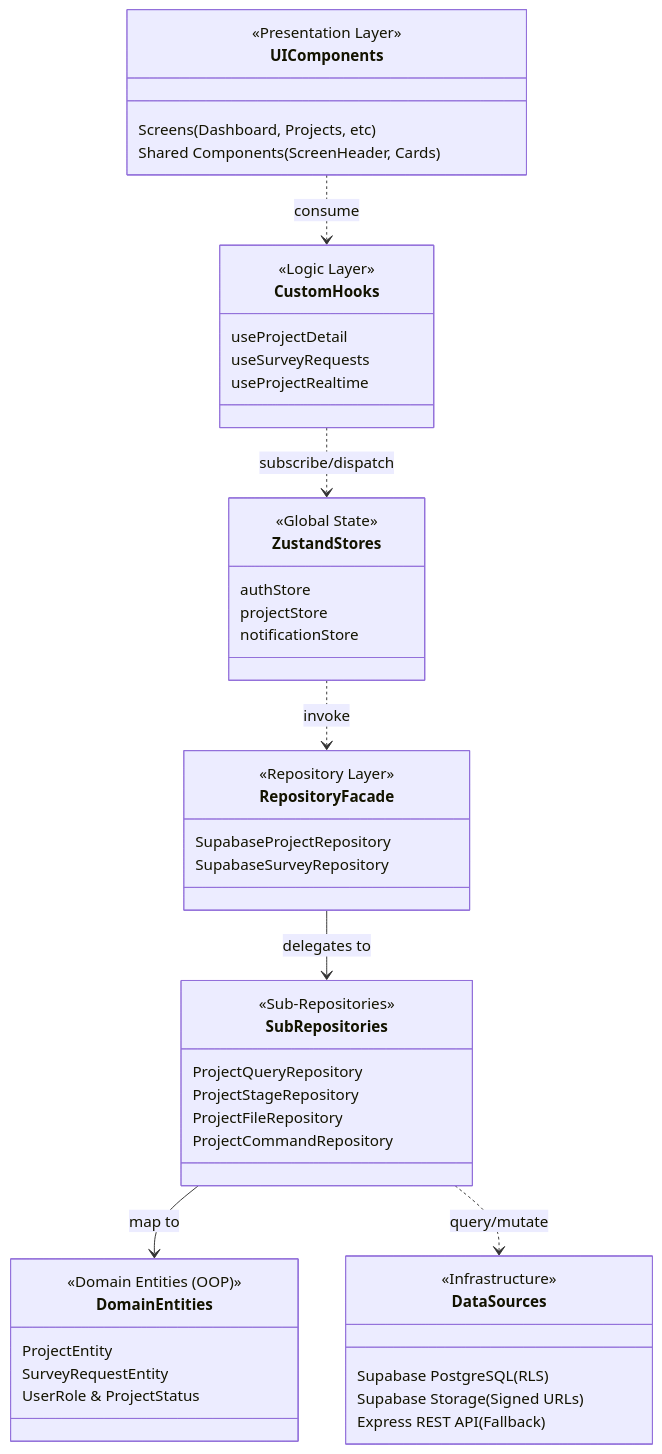
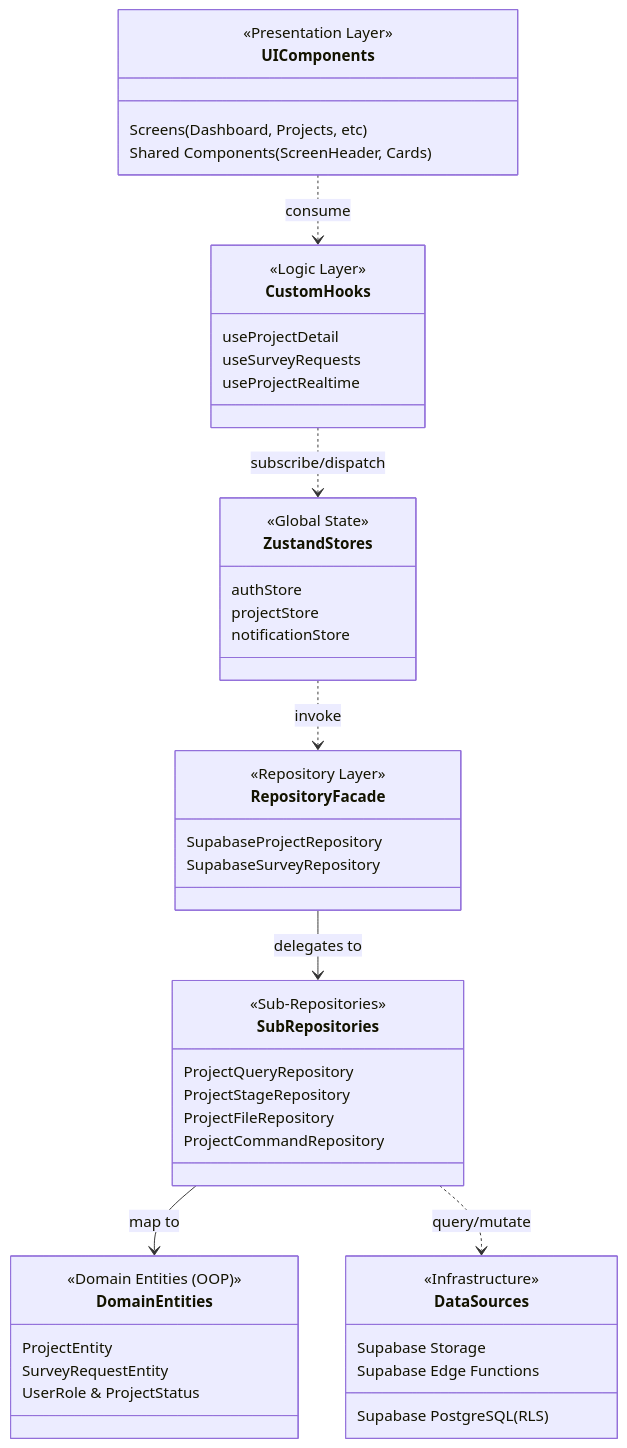
Before and after one commit to fajar-dev/gsi-one: the second of 3 diagrams in DEVELOPER_ONBOARDING_GUIDE.md, drawn with Mermaid. The commit also changed other lines of this file and 213 other files, not shown here.

````diff
--- a/DEVELOPER_ONBOARDING_GUIDE.md
+++ b/DEVELOPER_ONBOARDING_GUIDE.md
@@ -50,52 +50,52 @@
 ```mermaid
 classDiagram
     direction TB
     class UIComponents {
         <<Presentation Layer>>
         Screens (Dashboard, Projects, etc)
         Shared Components (ScreenHeader, Cards)
     }
     class CustomHooks {
         <<Logic Layer>>
         useProjectDetail
         useSurveyRequests
         useProjectRealtime
     }
     class ZustandStores {
         <<Global State>>
         authStore
         projectStore
         notificationStore
     }
     class RepositoryFacade {
         <<Repository Layer>>
         SupabaseProjectRepository
         SupabaseSurveyRepository
     }
     class SubRepositories {
         <<Sub-Repositories>>
         ProjectQueryRepository
         ProjectStageRepository
         ProjectFileRepository
         ProjectCommandRepository
     }
     class DomainEntities {
         <<Domain Entities (OOP)>>
         ProjectEntity
         SurveyRequestEntity
         UserRole & ProjectStatus
     }
     class DataSources {
         <<Infrastructure>>
         Supabase PostgreSQL (RLS)
-        Supabase Storage (Signed URLs)
-        Express REST API (Fallback)
+        Supabase Storage
+        Supabase Edge Functions
     }
 
     UIComponents ..> CustomHooks : consume
     CustomHooks ..> ZustandStores : subscribe/dispatch
     ZustandStores ..> RepositoryFacade : invoke
     RepositoryFacade --> SubRepositories : delegates to
     SubRepositories --> DomainEntities : map to
     SubRepositories ..> DataSources : query/mutate
 ```
````
